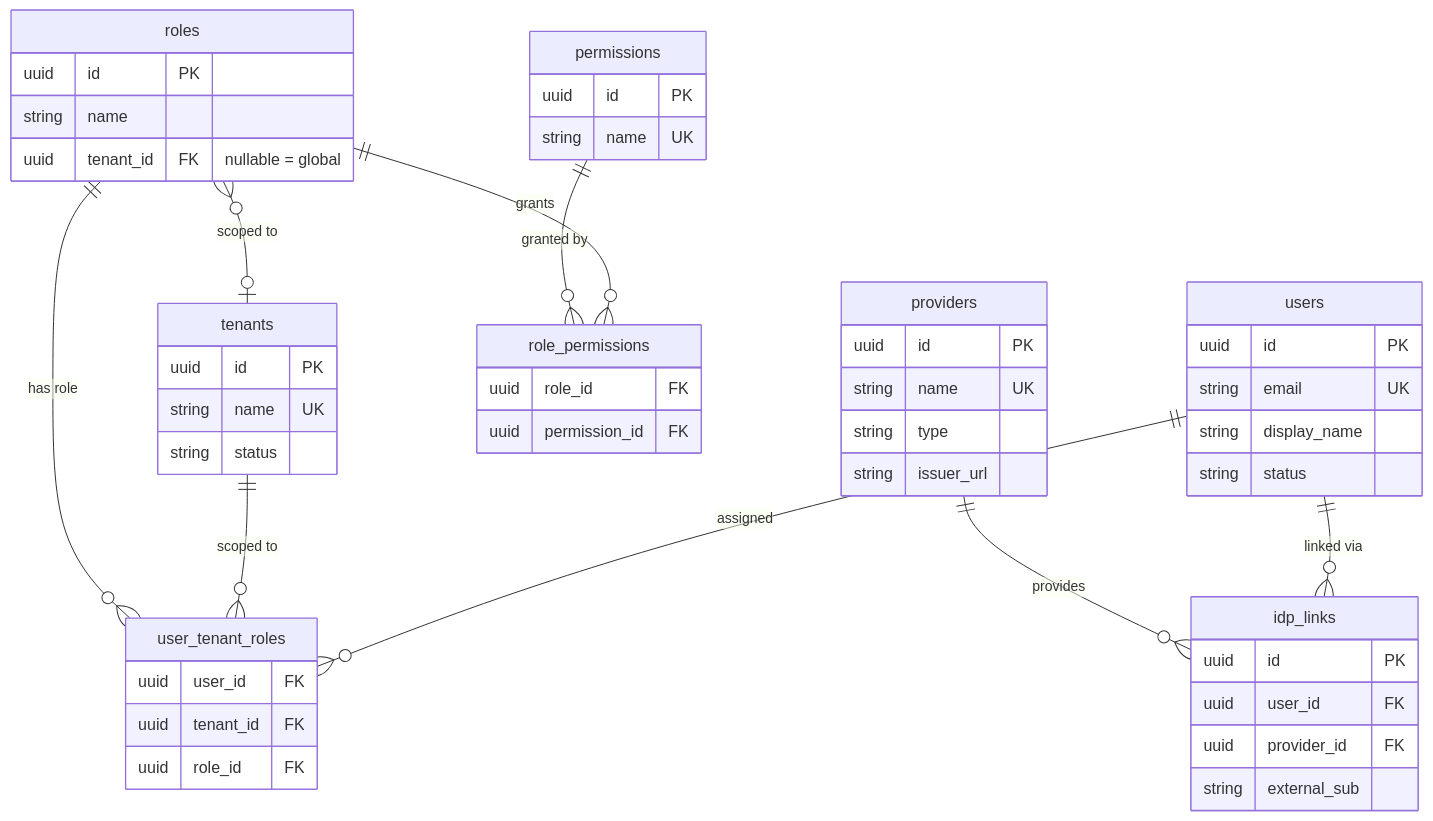
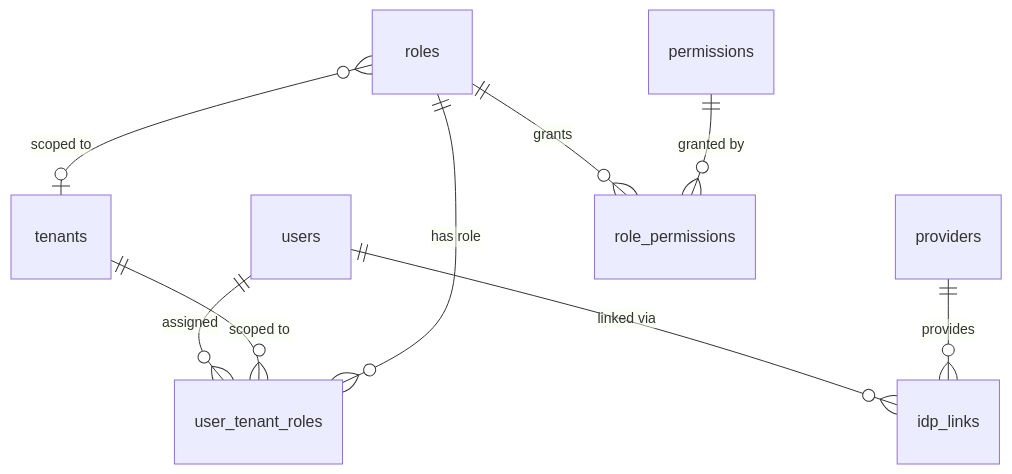
The second of 3 diagrams in README.md (jamescrowley321/identity-stack-planning), drawn with Mermaid before and after one commit. The commit also changed other lines of this file, not shown here.

Commit message:
docs: fix ER diagram overflow and pipeline vertical sprawl
- ER diagram: remove entity fields (too wide, idp_links cut off).
  Keep relationship-only view with link to full schema in
  system-architecture.md
- Pipeline: collapse 4 review nodes into single node with inline
  list, switch back to LR to avoid excessive vertical height

````diff
--- a/README.md
+++ b/README.md
@@ -166,53 +166,11 @@
 ```mermaid
 erDiagram
-    users {
-        uuid id PK
-        string email UK
-        string display_name
-        string status
-    }
-    tenants {
-        uuid id PK
-        string name UK
-        string status
-    }
-    roles {
-        uuid id PK
-        string name
-        uuid tenant_id FK "nullable = global"
-    }
-    permissions {
-        uuid id PK
-        string name UK
-    }
-    role_permissions {
-        uuid role_id FK
-        uuid permission_id FK
-    }
-    user_tenant_roles {
-        uuid user_id FK
-        uuid tenant_id FK
-        uuid role_id FK
-    }
-    idp_links {
-        uuid id PK
-        uuid user_id FK
-        uuid provider_id FK
-        string external_sub
-    }
-    providers {
-        uuid id PK
-        string name UK
-        string type
-        string issuer_url
-    }
-
     users ||--o{ idp_links : "linked via"
     providers ||--o{ idp_links : "provides"
     users ||--o{ user_tenant_roles : "assigned"
     tenants ||--o{ user_tenant_roles : "scoped to"
     roles ||--o{ user_tenant_roles : "has role"
     roles ||--o{ role_permissions : "grants"
     permissions ||--o{ role_permissions : "granted by"
     roles }o--o| tenants : "scoped to"
 ```
````
